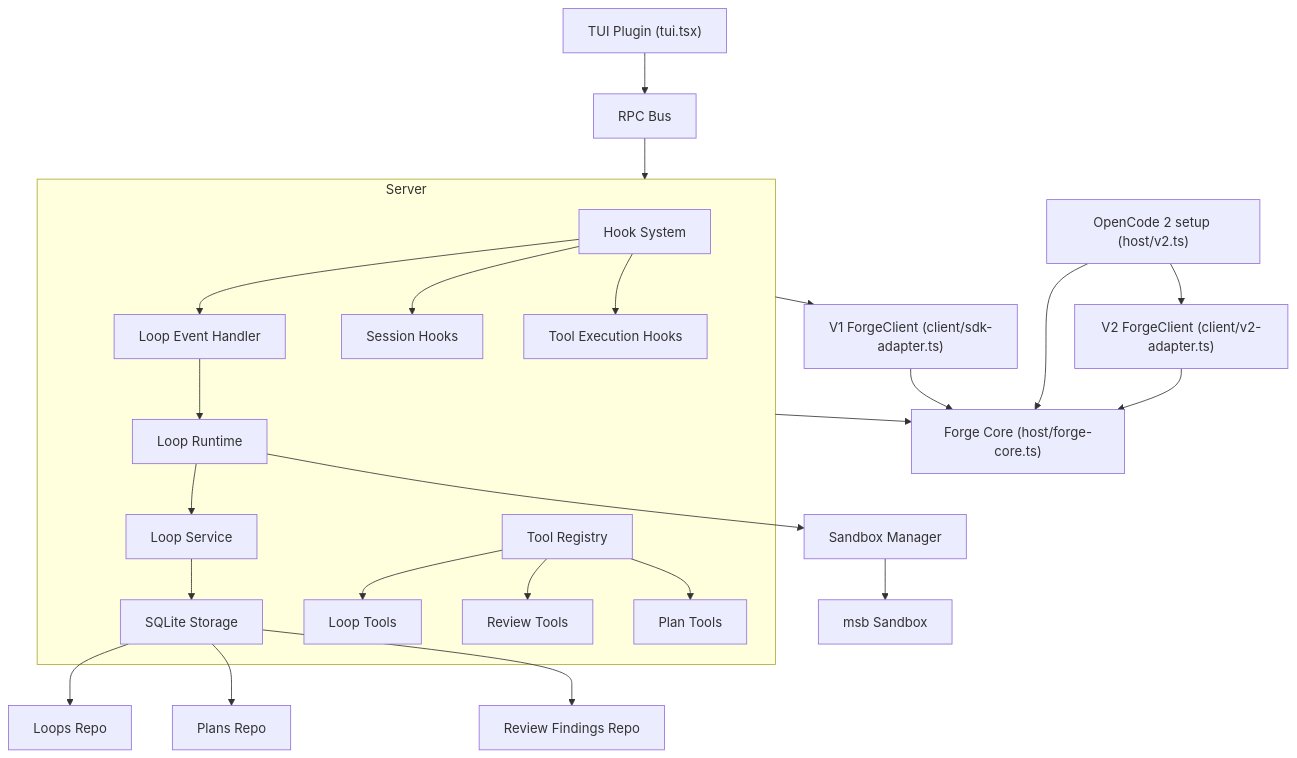
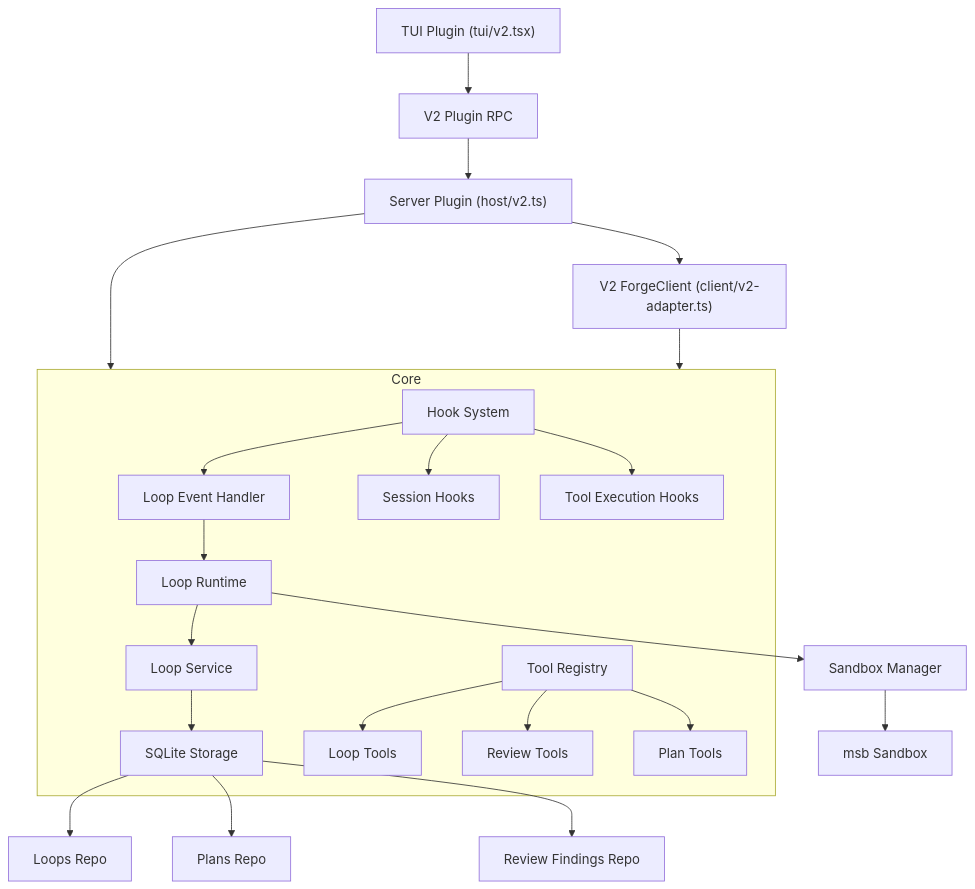
The diagram in docs/api/_media/architecture.md (chriswritescode-dev/opencode-forge), drawn with Mermaid before and after one commit. The commit also changed other lines of this file and 181 other files, not shown here.

First line of the commit message:
refactor(v2): require OpenCode 2.x and remove 1.x-only surfaces

````diff
--- a/docs/api/_media/architecture.md
+++ b/docs/api/_media/architecture.md
@@ -266,33 +272,29 @@
 ```mermaid
 graph TD
-    TUI["TUI Plugin (tui.tsx)"] --> RPC["RPC Bus"]
-    RPC --> Server["Server Plugin (index.ts)"]
-    V2["OpenCode 2 setup (host/v2.ts)"] --> Core["Forge Core (host/forge-core.ts)"]
-    Server --> Core
+    TUI["TUI Plugin (tui/v2.tsx)"] --> RPC["V2 Plugin RPC"]
+    RPC --> Server["Server Plugin (host/v2.ts)"]
+    Server --> Core["Forge Core (host/forge-core.ts)"]
+    Server --> V2Client["V2 ForgeClient (client/v2-adapter.ts)"]
+    V2Client --> Core
 
-    subgraph Server
+    subgraph Core
         Hooks["Hook System"] --> LoopHandler["Loop Event Handler"]
         Hooks --> SessionHooks["Session Hooks"]
         Hooks --> ToolHooks["Tool Execution Hooks"]
 
         LoopHandler --> LoopRuntime["Loop Runtime"]
         LoopRuntime --> LoopService["Loop Service"]
         LoopService --> SQLite["SQLite Storage"]
 
         Tools["Tool Registry"] --> LoopTools["Loop Tools"]
         Tools --> ReviewTools["Review Tools"]
         Tools --> PlanTools["Plan Tools"]
     end
 
-    V2 --> V2Client["V2 ForgeClient (client/v2-adapter.ts)"]
-    Server --> V1Client["V1 ForgeClient (client/sdk-adapter.ts)"]
-    V2Client --> Core
-    V1Client --> Core
-
     LoopRuntime --> SandboxManager["Sandbox Manager"]
     SandboxManager --> Msb["msb Sandbox"]
 
     SQLite --> LoopsRepo["Loops Repo"]
     SQLite --> PlansRepo["Plans Repo"]
     SQLite --> ReviewRepo["Review Findings Repo"]
 ```
````
